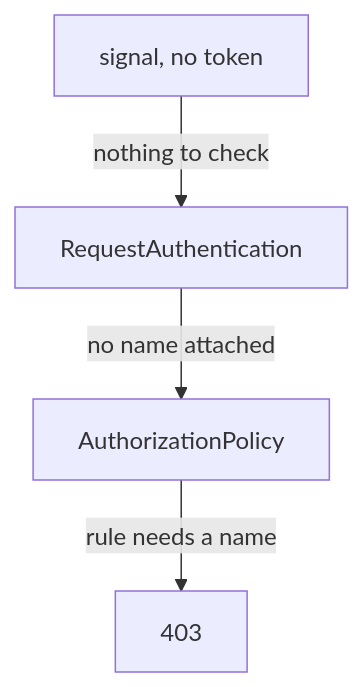
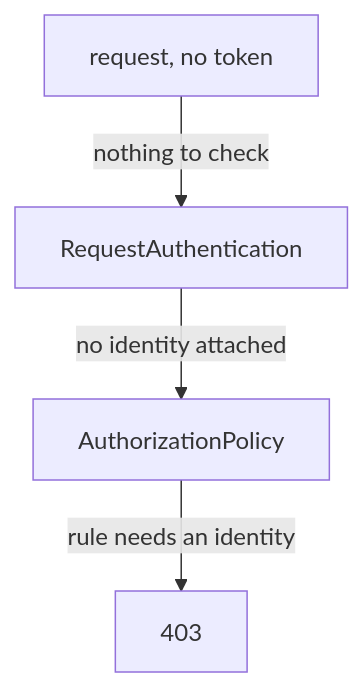
One commit to astrona-io/ATS015 changed the diagram in sections/section-030/module-01/course-03-require-a-token.md. Above: the diagram before and after it, drawn with Mermaid. The commit also changed other lines of this file and 32 other files, not shown here.

````diff
--- a/sections/section-030/module-01/course-03-require-a-token.md
+++ b/sections/section-030/module-01/course-03-require-a-token.md
@@ -78,6 +78,6 @@
 ```mermaid
 flowchart TB
-    S["signal, no token"] -->|"nothing to check"| R["RequestAuthentication"]
-    R -->|"no name attached"| A["AuthorizationPolicy"]
-    A -->|"rule needs a name"| D["403"]
+    S["request, no token"] -->|"nothing to check"| R["RequestAuthentication"]
+    R -->|"no identity attached"| A["AuthorizationPolicy"]
+    A -->|"rule needs an identity"| D["403"]
 ```
````
